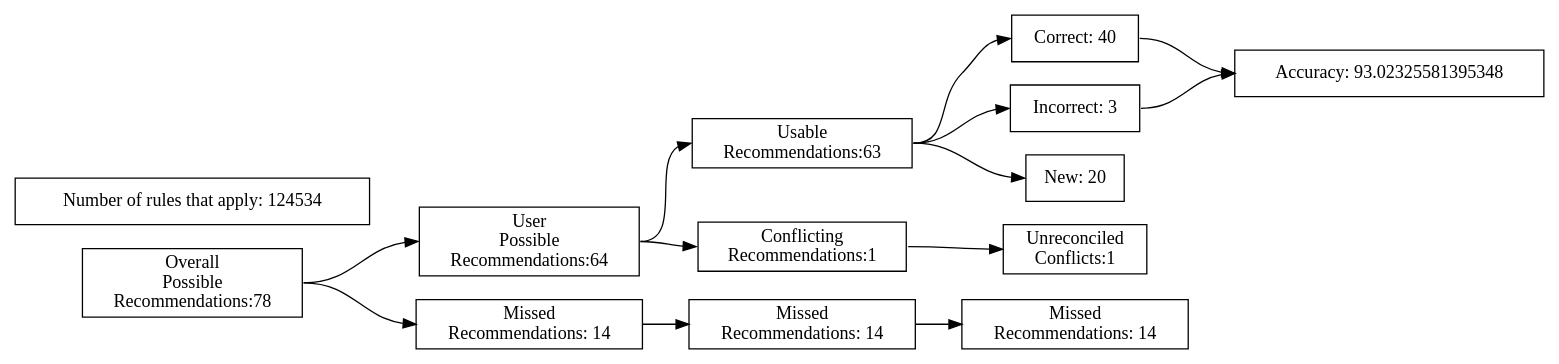
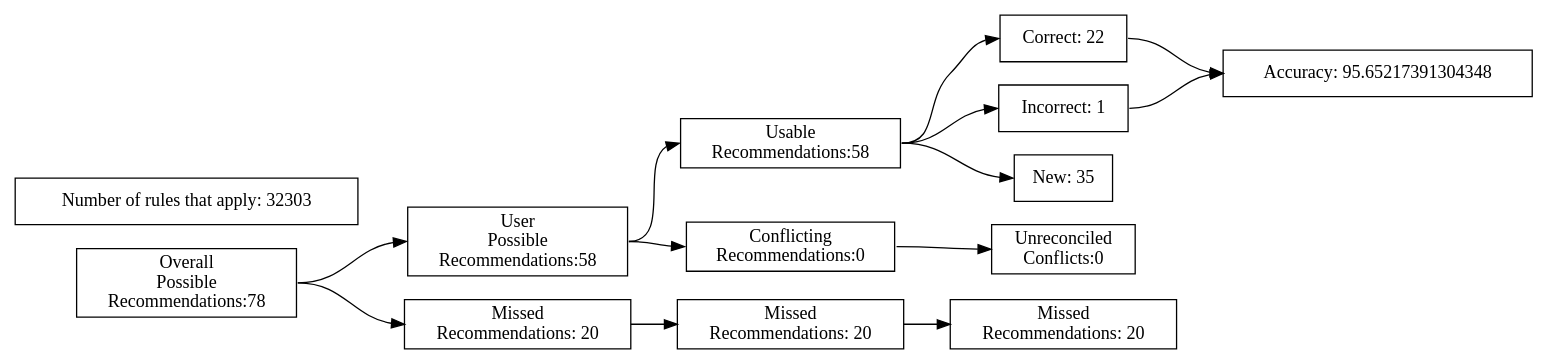
Before and after one commit to ZaxR/ibd_diet_analysis: the diagram in test_renders/38.gv, drawn with Graphviz. The commit also changed 226 other files, not shown here.

Commit message:
Add model rule chart; fix typos

```diff
--- a/test_renders/38.gv
+++ b/test_renders/38.gv
@@ -1,40 +1,40 @@
 digraph {
 	graph [rankdir=LR]
 	node [pos=r shape=box]
 	edge [headport=w tailport=e]
 		A [label="Overall
 Possible
 Recommendations:78"]
 		B [label="User
 Possible
-Recommendations:64"]
+Recommendations:58"]
 		C [label="Missed
-Recommendations: 14"]
+Recommendations: 20"]
 		D [label="Usable
-Recommendations:63"]
+Recommendations:58"]
 		E [label="Conflicting
-Recommendations:1"]
+Recommendations:0"]
 		J [label="Missed
-Recommendations: 14"]
+Recommendations: 20"]
 		M [label="Unreconciled
-Conflicts:1"]
-		F [label="Correct: 40"]
-		G [label="Incorrect: 3"]
-		H [label="New: 20"]
+Conflicts:0"]
+		F [label="Correct: 22"]
+		G [label="Incorrect: 1"]
+		H [label="New: 35"]
 		K [label="Missed
-Recommendations: 14"]
-		I [label="Accuracy: 93.02325581395348"]
-		l [label="Number of rules that apply: 124534"]
+Recommendations: 20"]
+		I [label="Accuracy: 95.65217391304348"]
+		l [label="Number of rules that apply: 32303"]
 			A -> B
 			A -> C
 			B -> D
 			B -> E
 			D -> F
 			D -> G
 			D -> H
 			F -> I
 			G -> I
 			C -> J
 			J -> K
 			E -> M
 }
```
